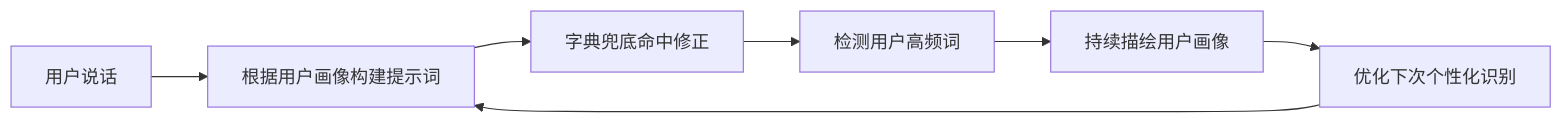
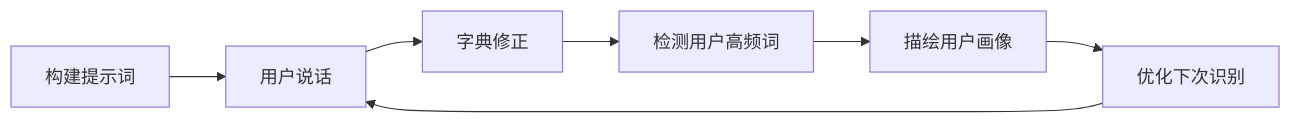
The diagram in README.md (superlls/CodeWhisper), drawn with Mermaid before and after one commit. The commit also changed other lines of this file, not shown here.

````diff
--- a/README.md
+++ b/README.md
@@ -77,9 +75,9 @@
 ```mermaid
 graph LR
-    A[用户说话] --> B[根据用户画像构建提示词]
-    B --> C[字典兜底命中修正]
+    A[构建提示词] --> B[用户说话]
+    B --> C[字典修正]
     C --> D[检测用户高频词]
-    D --> E[持续描绘用户画像]
-    E --> F[优化下次个性化识别]
+    D --> E[描绘用户画像]
+    E --> F[优化下次识别]
     F --> B
 ```
````
